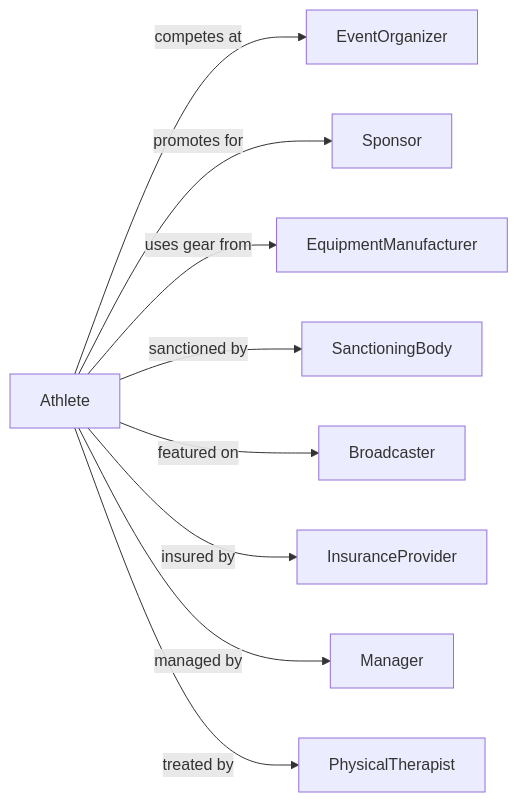
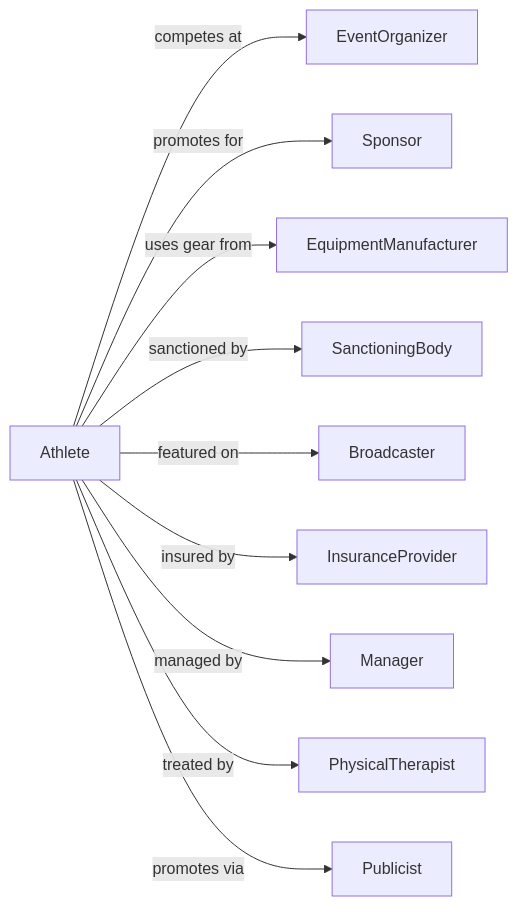
The second of 2 diagrams in Arts/PerformingArtsSpectatorSportsAndRelatedIndustries/SpectatorSports/OtherSpectatorSports.mdx (dot-org-ai/industries.org.ai), drawn with Mermaid before and after one commit. The commit also changed 588 other files, not shown here.

````diff
--- a/Arts/PerformingArtsSpectatorSportsAndRelatedIndustries/SpectatorSports/OtherSpectatorSports.mdx
+++ b/Arts/PerformingArtsSpectatorSportsAndRelatedIndustries/SpectatorSports/OtherSpectatorSports.mdx
@@ -125,13 +125,14 @@
 ```mermaid
 graph LR
     A[Athlete]
 
     A -->|competes at| EventOrganizer
     A -->|promotes for| Sponsor
     A -->|uses gear from| EquipmentManufacturer
     A -->|sanctioned by| SanctioningBody
     A -->|featured on| Broadcaster
     A -->|insured by| InsuranceProvider
     A -->|managed by| Manager
     A -->|treated by| PhysicalTherapist
+    A -->|promotes via| Publicist
 ```
````
